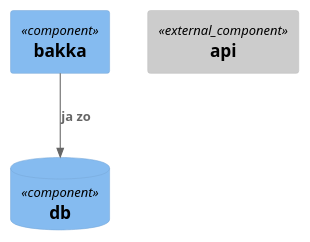
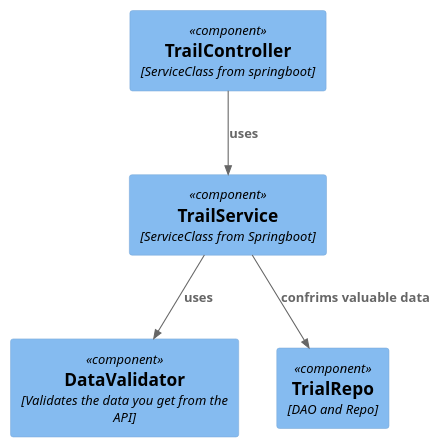
The diagram in CasparMap/week2/testingComponentDiagram.puml (AIM-ENE-feb25/triptop-groep-6-caspar-khaled-daniel), drawn with PlantUML before and after one commit. The commit also changed 3 other files, not shown here.

```diff
--- a/CasparMap/week2/testingComponentDiagram.puml
+++ b/CasparMap/week2/testingComponentDiagram.puml
@@ -1,11 +1,13 @@
 @startuml C4_Elements
 !include https://raw.githubusercontent.com/plantuml-stdlib/C4-PlantUML/master/C4_Component.puml
 
-Component(bakka, "bakka")
-ComponentDb(db, "db")
+Component(trailController, "TrailController", "ServiceClass from springboot")
+Component(trailService, "TrailService", "ServiceClass from Springboot")
+Component(dataValidator, "DataValidator", "Validates the data you get from the API")
+Component(trailRepo, "TrialRepo", "DAO and Repo")
 
-Component_Ext(api, "api")
-
-Rel(bakka, db, "ja zo")
+Rel(trailController, trailService, "uses")
+Rel(trailService, dataValidator, "uses")
+Rel(trailService, trailRepo, "confrims valuable data")
 
 @enduml
```
